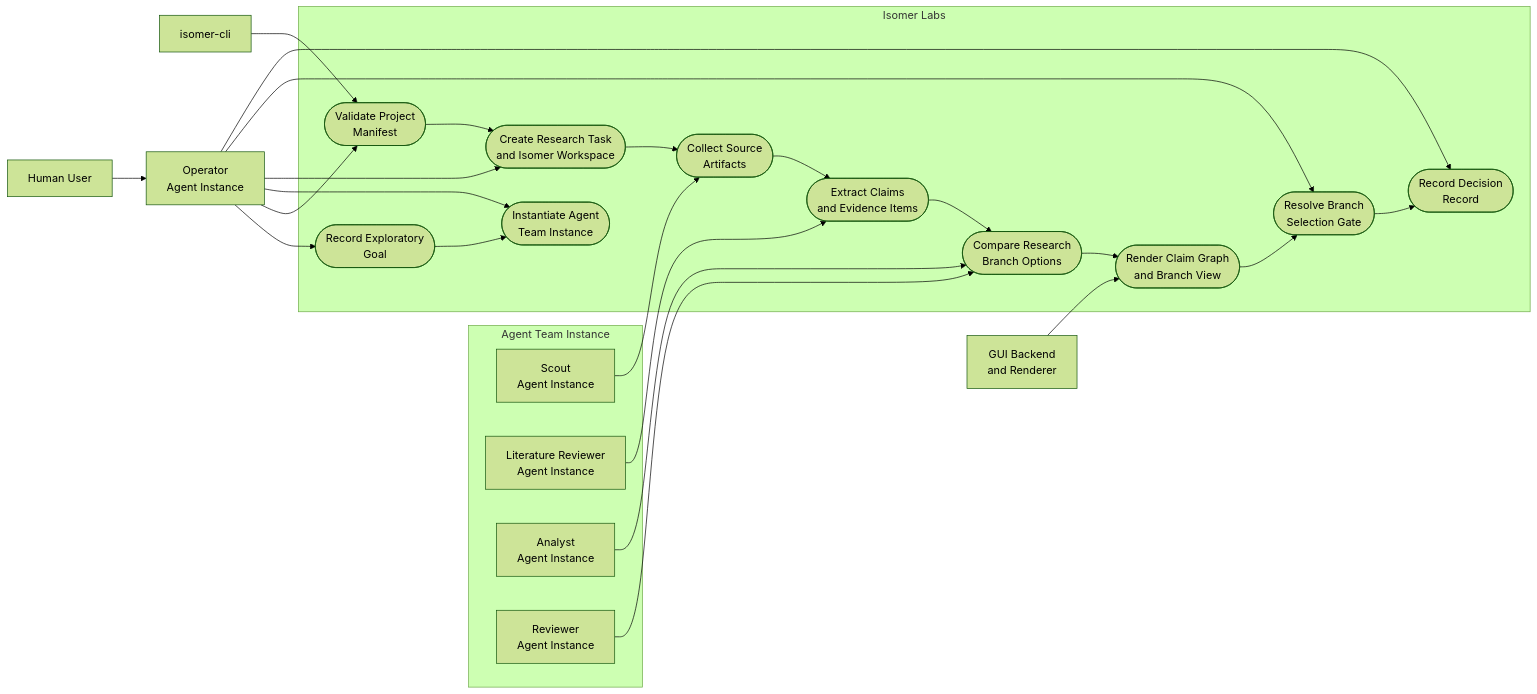
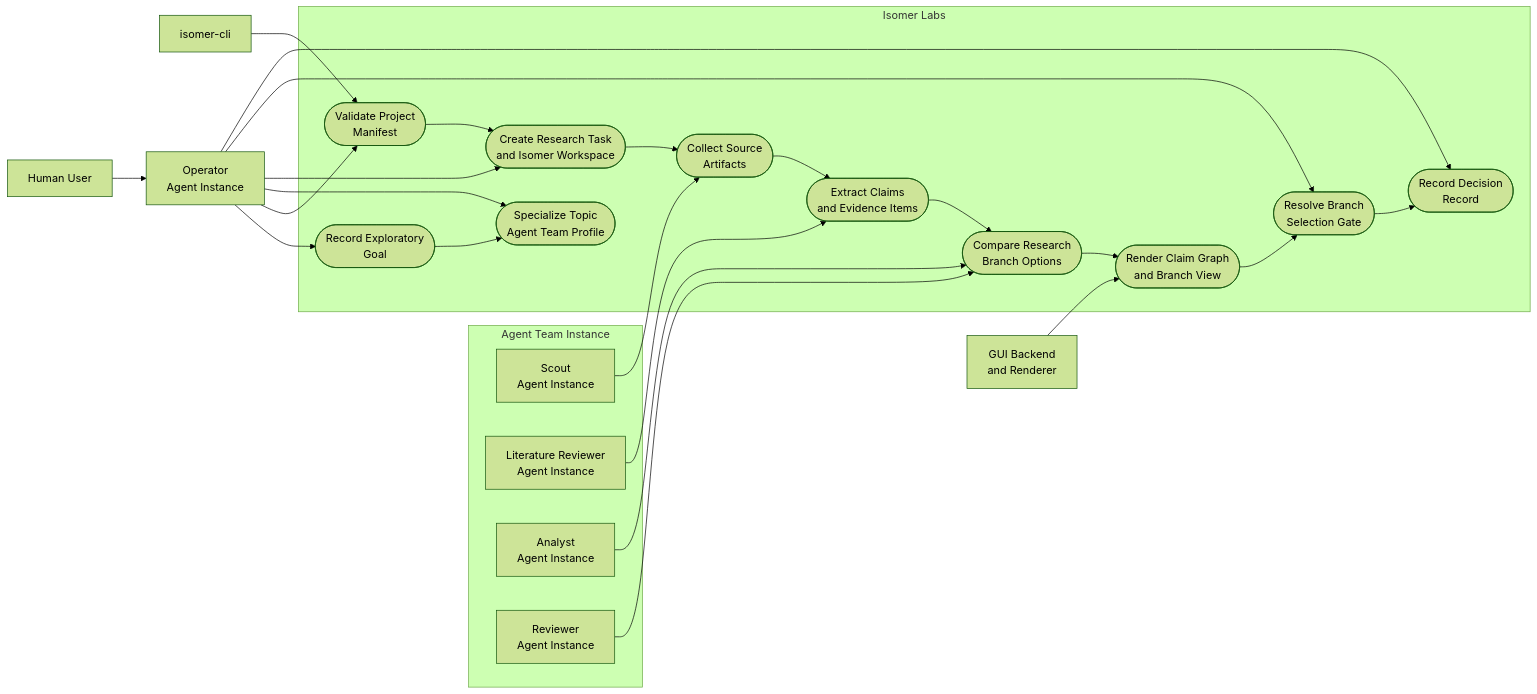
One commit to CodeGandee/isomer-labs changed the first of 2 diagrams in .imsight-arts/project-explore/use-cases/uc-01-explore-new-research-direction.md. Above: the diagram before and after it, drawn with Mermaid (forest theme). The commit also changed other lines of this file and 12 other files, not shown here.

Commit message:
docs: define domain topic team lifecycle

````diff
--- a/.imsight-arts/project-explore/use-cases/uc-01-explore-new-research-direction.md
+++ b/.imsight-arts/project-explore/use-cases/uc-01-explore-new-research-direction.md
@@ -30,50 +30,50 @@
 ```mermaid
 flowchart LR
   User[Human User]
   CLI[isomer-cli]
   Operator["Operator<br/>Agent Instance"]
   GUI["GUI Backend<br/>and Renderer"]
 
   subgraph TeamInstance["Agent Team Instance"]
     Scout["Scout<br/>Agent Instance"]
     Literature["Literature Reviewer<br/>Agent Instance"]
     Analyst["Analyst<br/>Agent Instance"]
     Reviewer["Reviewer<br/>Agent Instance"]
   end
 
   subgraph Isomer["Isomer Labs"]
     UC1([Record Exploratory<br/>Goal])
     UC2([Validate Project<br/>Manifest])
-    UC3([Instantiate Agent<br/>Team Instance])
+    UC3([Specialize Topic<br/>Agent Team Profile])
     UC4([Create Research Task<br/>and Isomer Workspace])
     UC5([Collect Source<br/>Artifacts])
     UC6([Extract Claims<br/>and Evidence Items])
     UC7([Compare Research<br/>Branch Options])
     UC8([Render Claim Graph<br/>and Branch View])
     UC9([Resolve Branch<br/>Selection Gate])
     UC10([Record Decision<br/>Record])
   end
 
   User --> Operator
   CLI --> UC2
   Operator --> UC1
   Operator --> UC2
   Operator --> UC3
   Operator --> UC4
   Scout --> UC5
   Literature --> UC6
   Analyst --> UC7
   Reviewer --> UC7
   GUI --> UC8
   Operator --> UC9
   Operator --> UC10
 
   UC1 --> UC3
   UC2 --> UC4
   UC4 --> UC5
   UC5 --> UC6
   UC6 --> UC7
   UC7 --> UC8
   UC8 --> UC9
   UC9 --> UC10
 ```
````
